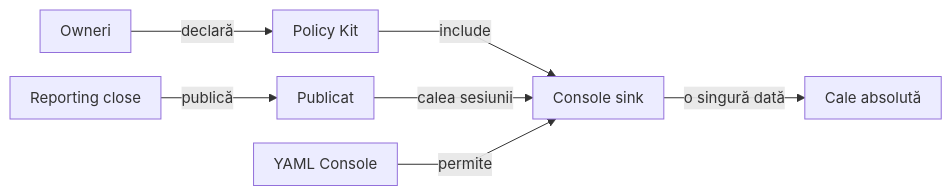
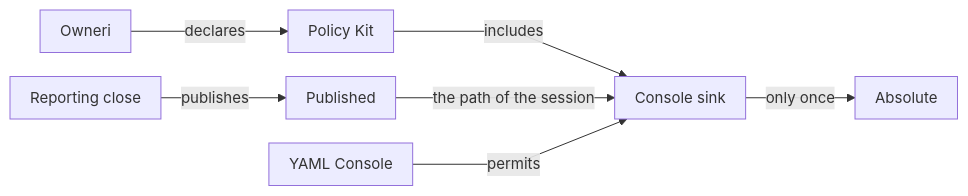
The second of 2 diagrams in atf-console/README.md (crististefanita/atf_j0), drawn with Mermaid before and after one commit. The commit also changed other lines of this file and 113 other files, not shown here.

````diff
--- a/atf-console/README.md
+++ b/atf-console/README.md
@@ -196,10 +186,10 @@
 ```mermaid
 %%{init: {"themeVariables":{"fontSize":"15px"},"themeCSS":".nodeLabel, .nodeLabel p { font-size: 15px !important; line-height: 1.35 !important; } .edgeLabel, .edgeLabel p { font-size: 12px !important; font-weight: 400 !important; line-height: 1.2 !important; } .edgeLabel .labelBkg, .edgeLabel p { background: transparent !important; } .edgeLabel foreignObject { transform: translateY(-18px); overflow: visible; } .node rect { rx: 6px; ry: 6px; }","flowchart":{"curve":"linear","nodeSpacing":24,"rankSpacing":40,"padding":10,"diagramPadding":16}}}%%
 flowchart LR
-    Owner["Owneri"] -->|declară| Policy["Policy Kit"]
-    Policy -->|include| Sink["Console sink"]
-    Session["Reporting close"] -->|publică| Final["Publicat"]
-    Final -->|calea sesiunii| Sink
-    Yaml["YAML Console"] -->|permite| Sink
-    Sink -->|o singură dată| Output["Cale absolută"]
+    Owner["Owneri"] -->|declares| Policy["Policy Kit"]
+    Policy -->|includes| Sink["Console sink"]
+    Session["Reporting close"] -->|publishes| Final["Published"]
+    Final -->|the path of the session| Sink
+    Yaml["YAML Console"] -->|permits| Sink
+    Sink -->|only once| Output["Absolute"]
 ```
````
